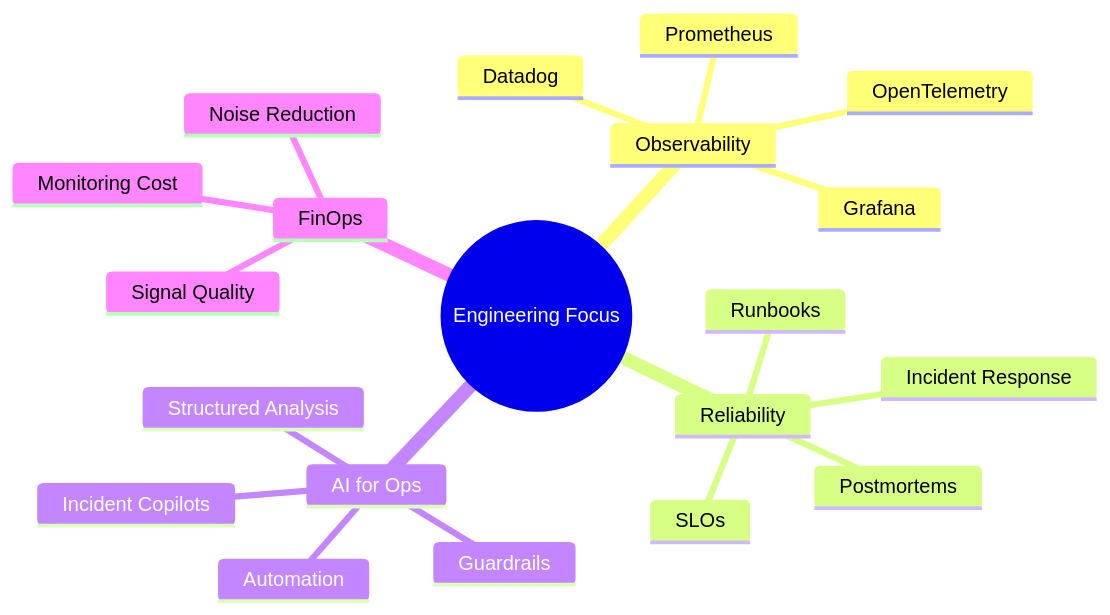
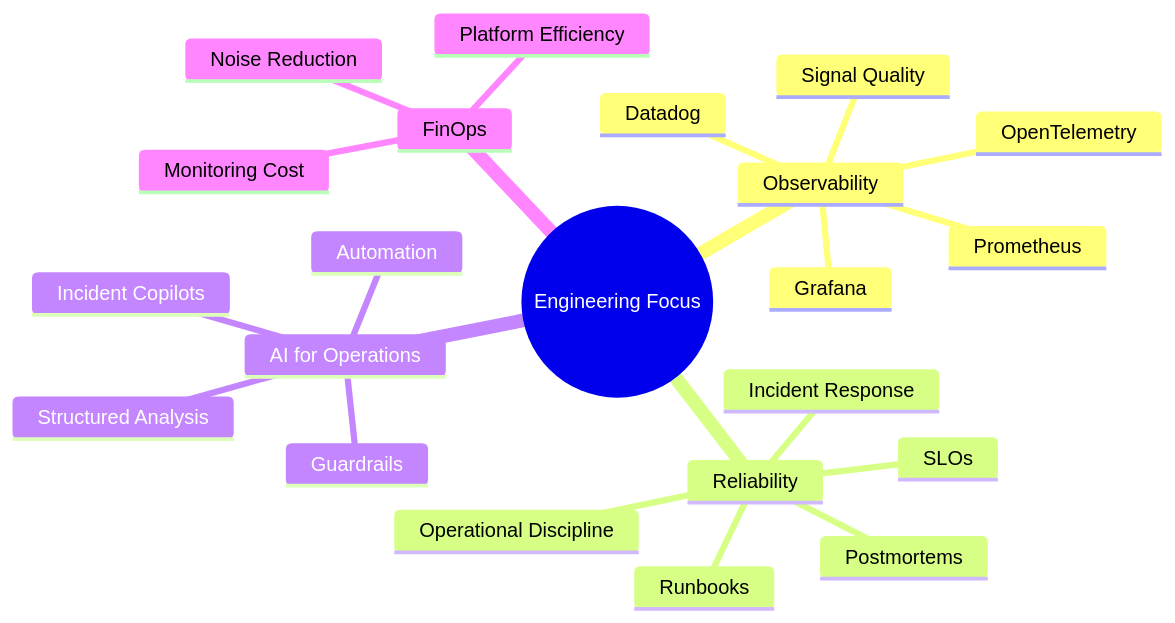
One commit to guigobh/guigobh changed the diagram in README.md. Above: the diagram before and after it, drawn with Mermaid. The commit also changed other lines of this file, not shown here.

````diff
--- a/README.md
+++ b/README.md
@@ -36,23 +50,25 @@
 ```mermaid
 mindmap
   root((Engineering Focus))
     Observability
       Datadog
       Prometheus
       Grafana
       OpenTelemetry
+      Signal Quality
     Reliability
       SLOs
       Incident Response
       Runbooks
       Postmortems
-    AI for Ops
+      Operational Discipline
+    AI for Operations
       Incident Copilots
       Structured Analysis
       Automation
       Guardrails
     FinOps
       Monitoring Cost
-      Signal Quality
+      Platform Efficiency
       Noise Reduction
 ```
````
